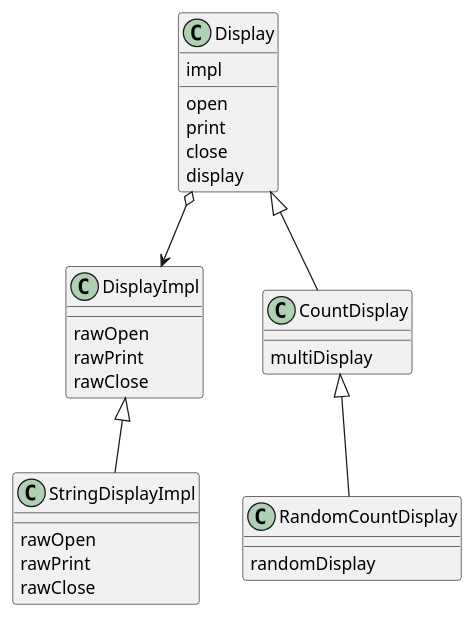
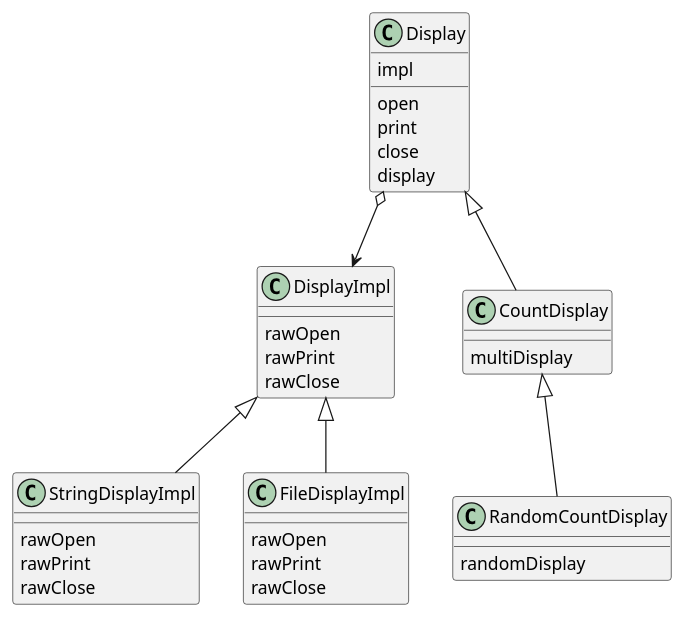
One commit to hanbee1005/basic-design-pattern changed the diagram in resources/puml/chapter09.puml. Above: the diagram before and after it, drawn with PlantUML. The commit also changed 3 other files, not shown here.

```diff
--- a/resources/puml/chapter09.puml
+++ b/resources/puml/chapter09.puml
@@ -1,38 +1,45 @@
 @startuml
 
 class Display {
     impl
     {method} open
     {method} print
     {method} close
     {method} display
 }
 
 class DisplayImpl {
     {method} rawOpen
     {method} rawPrint
     {method} rawClose
 }
 
 class CountDisplay {
     {method} multiDisplay
 }
 
 class RandomCountDisplay {
     {method} randomDisplay
 }
 
 class StringDisplayImpl {
     {method} rawOpen
     {method} rawPrint
     {method} rawClose
 }
 
+class FileDisplayImpl {
+    {method} rawOpen
+    {method} rawPrint
+    {method} rawClose
+}
+
 Display o--> DisplayImpl
 
 Display <|-- CountDisplay
 CountDisplay <|-- RandomCountDisplay
 
 DisplayImpl <|-- StringDisplayImpl
+DisplayImpl <|-- FileDisplayImpl
 
 @enduml
```
